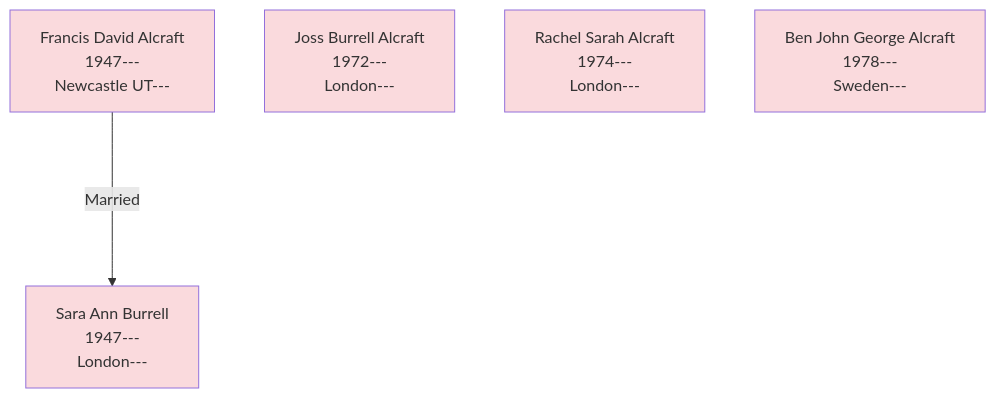
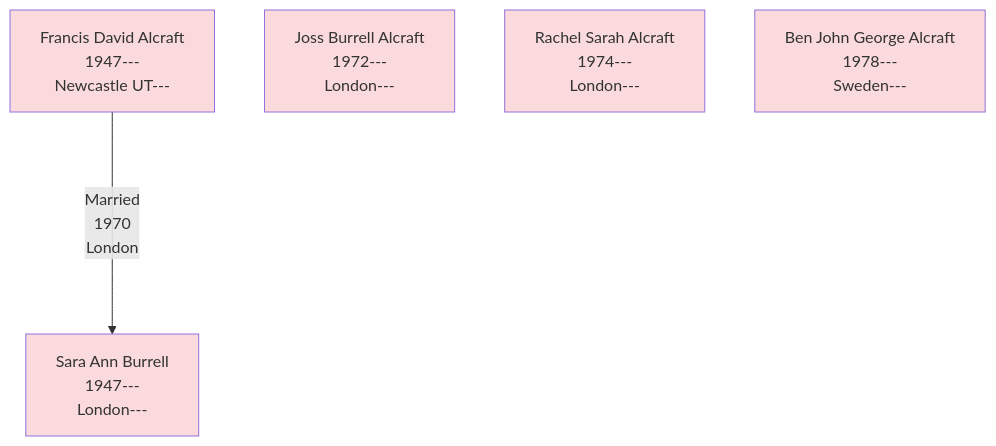
Before and after one commit to RachelAlcraft/family-tree: the diagram in docs/alcraft_1974_rachel.md, drawn with Mermaid.

````diff
--- a/docs/alcraft_1974_rachel.md
+++ b/docs/alcraft_1974_rachel.md
@@ -2,15 +2,15 @@
 ``` mermaid
 flowchart TD  
 FDA[Francis David Alcraft\n1947---\nNewcastle UT---];
 SAB[Sara Ann Burrell\n1947---\nLondon---];
 JBA[Joss Burrell Alcraft\n1972---\nLondon---];
 RSA[Rachel Sarah Alcraft\n1974---\nLondon---];
 BJGA[Ben John George Alcraft\n1978---\nSweden---];
-FDA ----> |Married| SAB;
+FDA ----> |Married\n1970\nLondon| SAB;
 style FDA fill:#FADADD;
 style SAB fill:#FADADD;
 style JBA fill:#FADADD;
 style RSA fill:#FADADD;
 style BJGA fill:#FADADD;
 click FDA "https://www.thenorthernecho.co.uk/history/8857492.dukes-piper/" "WA";
 ```
````
